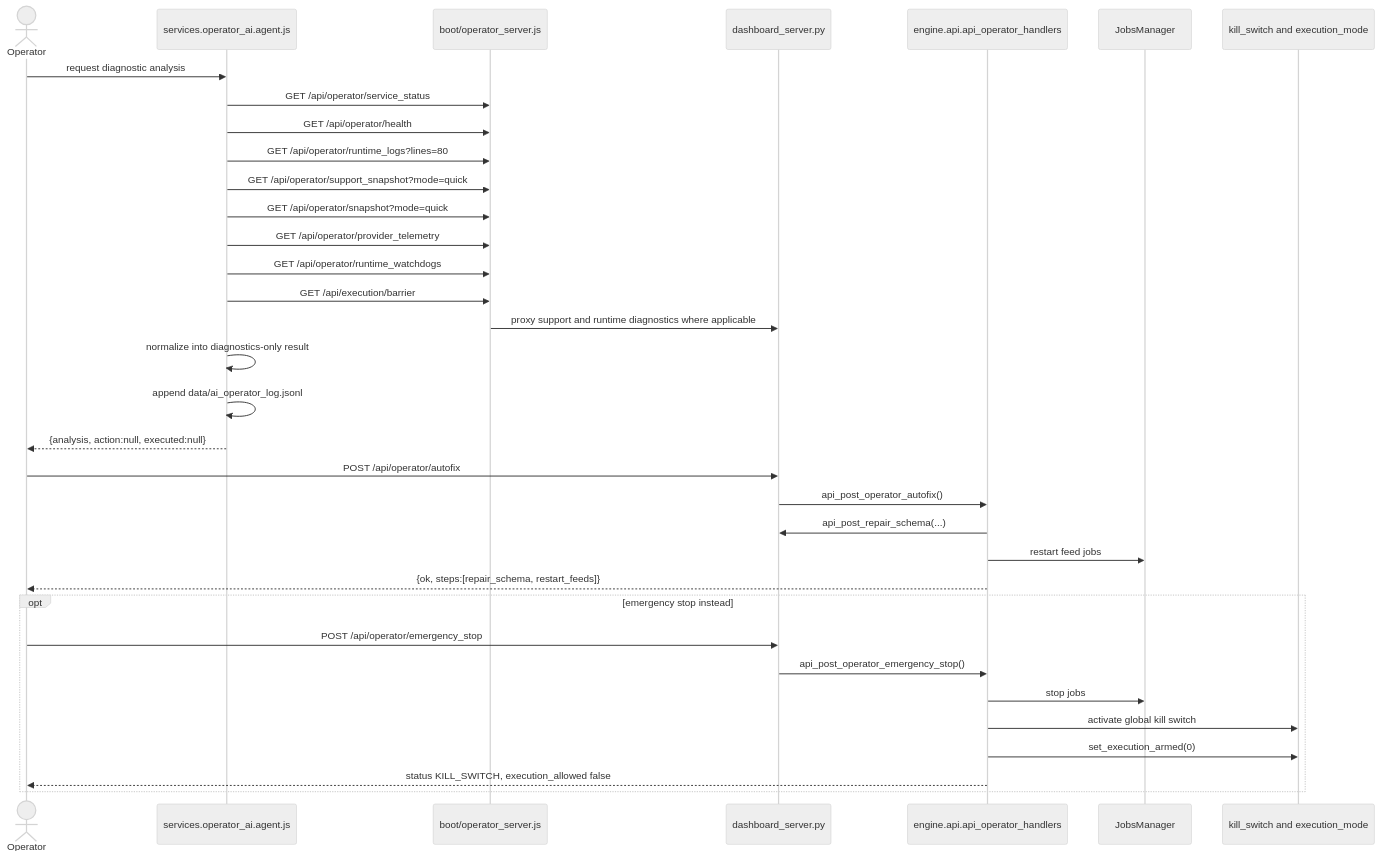
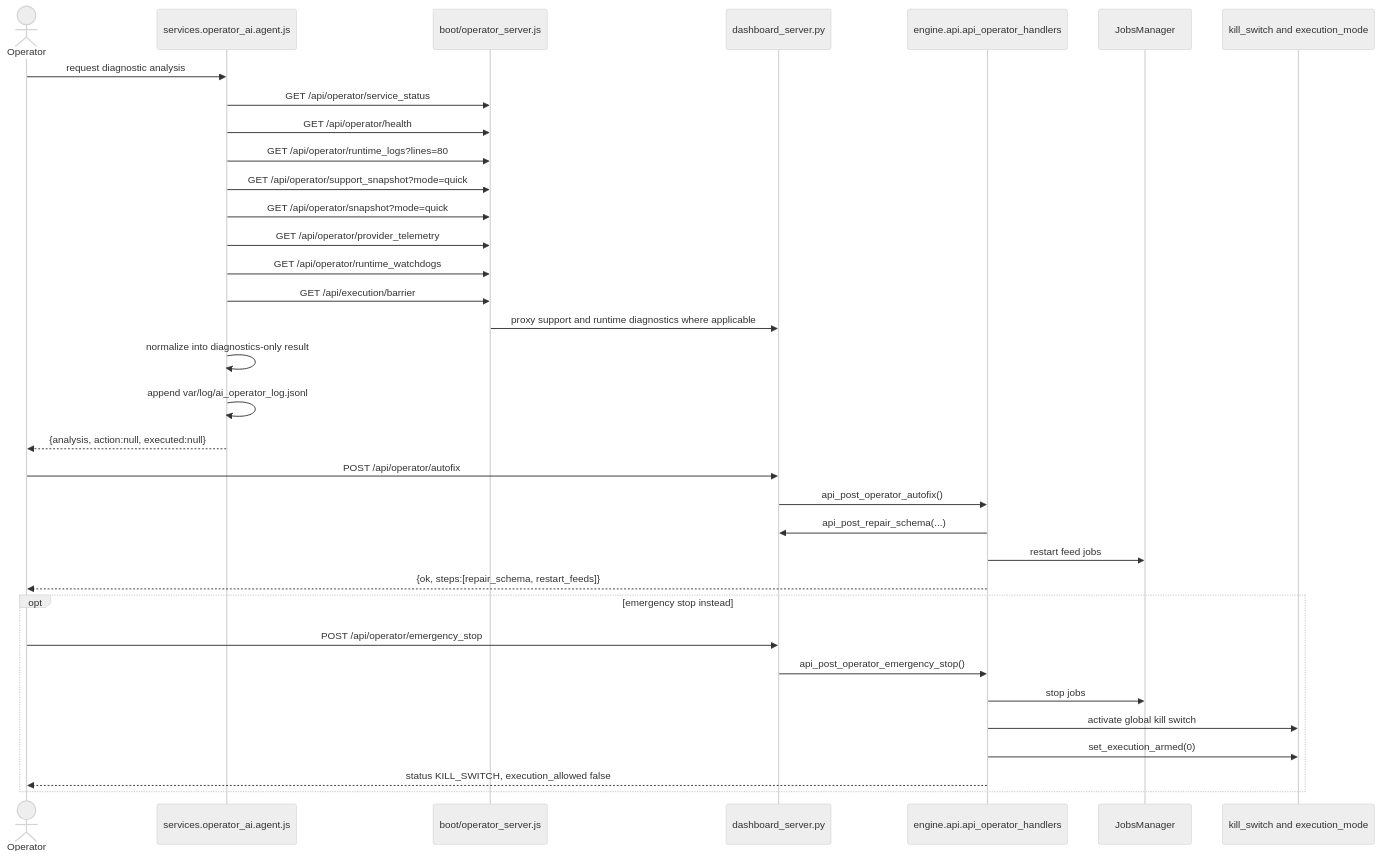
The fourth of 5 diagrams in docs/SEQUENCE_DIAGRAMS_EXTENDED.md (dschincariol/system), drawn with Mermaid (neutral theme) before and after one commit. The commit also changed 98 other files, not shown here.

````diff
--- a/docs/SEQUENCE_DIAGRAMS_EXTENDED.md
+++ b/docs/SEQUENCE_DIAGRAMS_EXTENDED.md
@@ -157,39 +157,39 @@
 ```mermaid
 sequenceDiagram
     actor Operator
     participant Agent as services.operator_ai.agent.js
     participant Op as boot/operator_server.js
     participant Dash as dashboard_server.py
     participant Ops as engine.api.api_operator_handlers
     participant Jobs as JobsManager
     participant Safety as kill_switch and execution_mode
 
     Operator->>Agent: request diagnostic analysis
     Agent->>Op: GET /api/operator/service_status
     Agent->>Op: GET /api/operator/health
     Agent->>Op: GET /api/operator/runtime_logs?lines=80
     Agent->>Op: GET /api/operator/support_snapshot?mode=quick
     Agent->>Op: GET /api/operator/snapshot?mode=quick
     Agent->>Op: GET /api/operator/provider_telemetry
     Agent->>Op: GET /api/operator/runtime_watchdogs
     Agent->>Op: GET /api/execution/barrier
     Op->>Dash: proxy support and runtime diagnostics where applicable
     Agent->>Agent: normalize into diagnostics-only result
-    Agent->>Agent: append data/ai_operator_log.jsonl
+    Agent->>Agent: append var/log/ai_operator_log.jsonl
     Agent-->>Operator: {analysis, action:null, executed:null}
 
     Operator->>Dash: POST /api/operator/autofix
     Dash->>Ops: api_post_operator_autofix()
     Ops->>Dash: api_post_repair_schema(...)
     Ops->>Jobs: restart feed jobs
     Ops-->>Operator: {ok, steps:[repair_schema, restart_feeds]}
 
     opt emergency stop instead
         Operator->>Dash: POST /api/operator/emergency_stop
         Dash->>Ops: api_post_operator_emergency_stop()
         Ops->>Jobs: stop jobs
         Ops->>Safety: activate global kill switch
         Ops->>Safety: set_execution_armed(0)
         Ops-->>Operator: status KILL_SWITCH, execution_allowed false
     end
 ```
````
